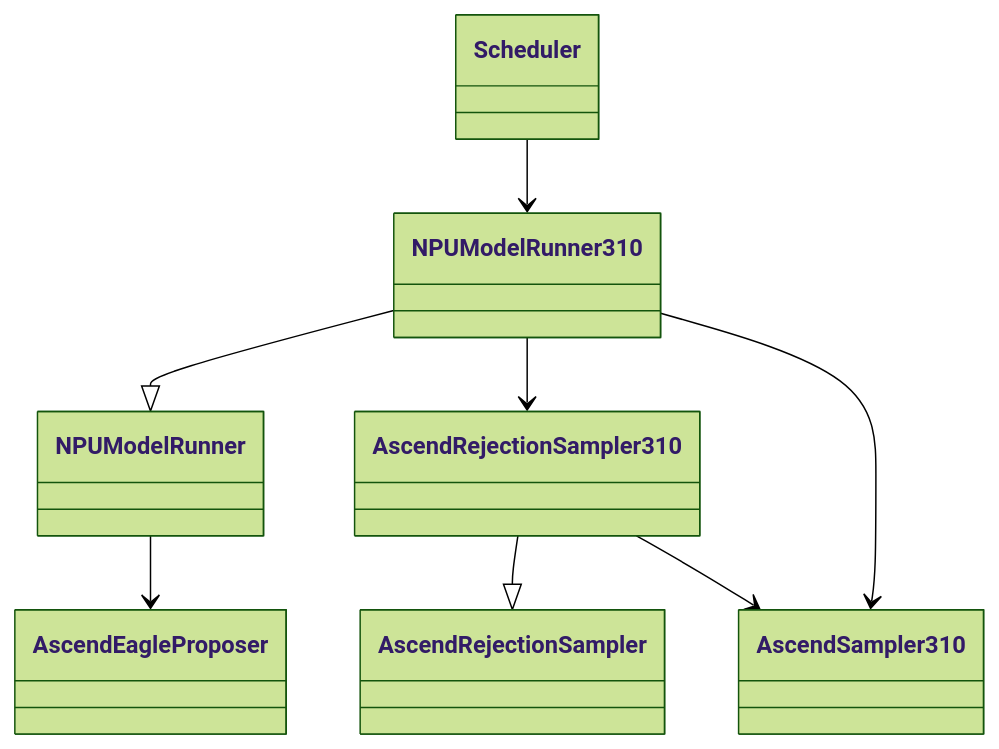
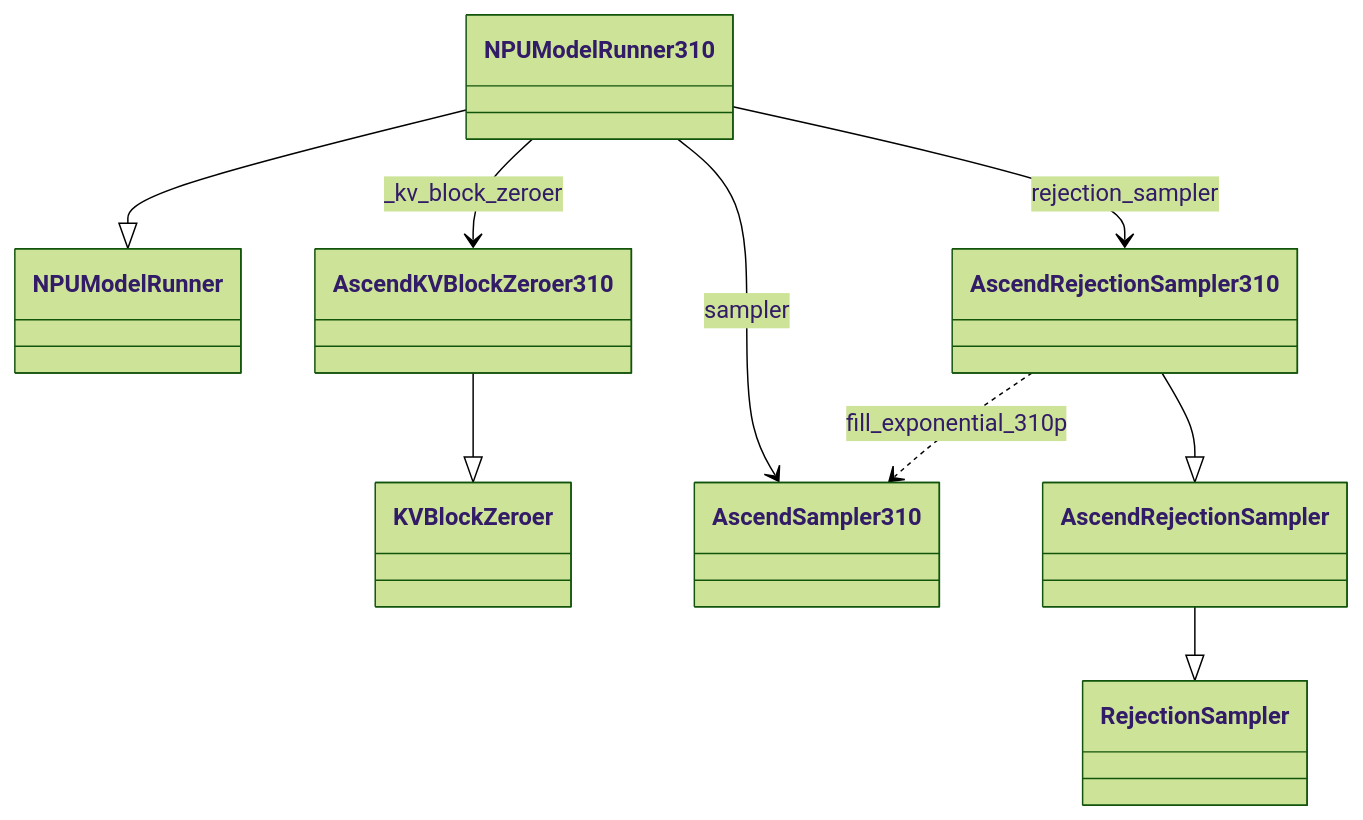
Before and after one commit to csoulnd/InferTechNote: the second of 8 diagrams in Work/MTP_DESIGN_310P.md, drawn with Mermaid (forest theme). The commit also changed other lines of this file, not shown here.

````diff
--- a/Work/MTP_DESIGN_310P.md
+++ b/Work/MTP_DESIGN_310P.md
@@ -78,18 +78,21 @@
 ```mermaid
 classDiagram
     direction TB
-    class Scheduler
     class NPUModelRunner
     class NPUModelRunner310
-    class AscendEagleProposer
+    class KVBlockZeroer
+    class AscendKVBlockZeroer310
+    class AscendSampler310
+    class RejectionSampler
     class AscendRejectionSampler
     class AscendRejectionSampler310
-    class AscendSampler310
-    Scheduler --> NPUModelRunner310
+
     NPUModelRunner310 --|> NPUModelRunner
-    NPUModelRunner --> AscendEagleProposer
-    NPUModelRunner310 --> AscendRejectionSampler310
-    NPUModelRunner310 --> AscendSampler310
+    NPUModelRunner310 --> AscendSampler310 : sampler
+    NPUModelRunner310 --> AscendRejectionSampler310 : rejection_sampler
+    NPUModelRunner310 --> AscendKVBlockZeroer310 : _kv_block_zeroer
+    AscendKVBlockZeroer310 --|> KVBlockZeroer
     AscendRejectionSampler310 --|> AscendRejectionSampler
-    AscendRejectionSampler310 --> AscendSampler310
+    AscendRejectionSampler --|> RejectionSampler
+    AscendRejectionSampler310 ..> AscendSampler310 : fill_exponential_310p
 ```
````
